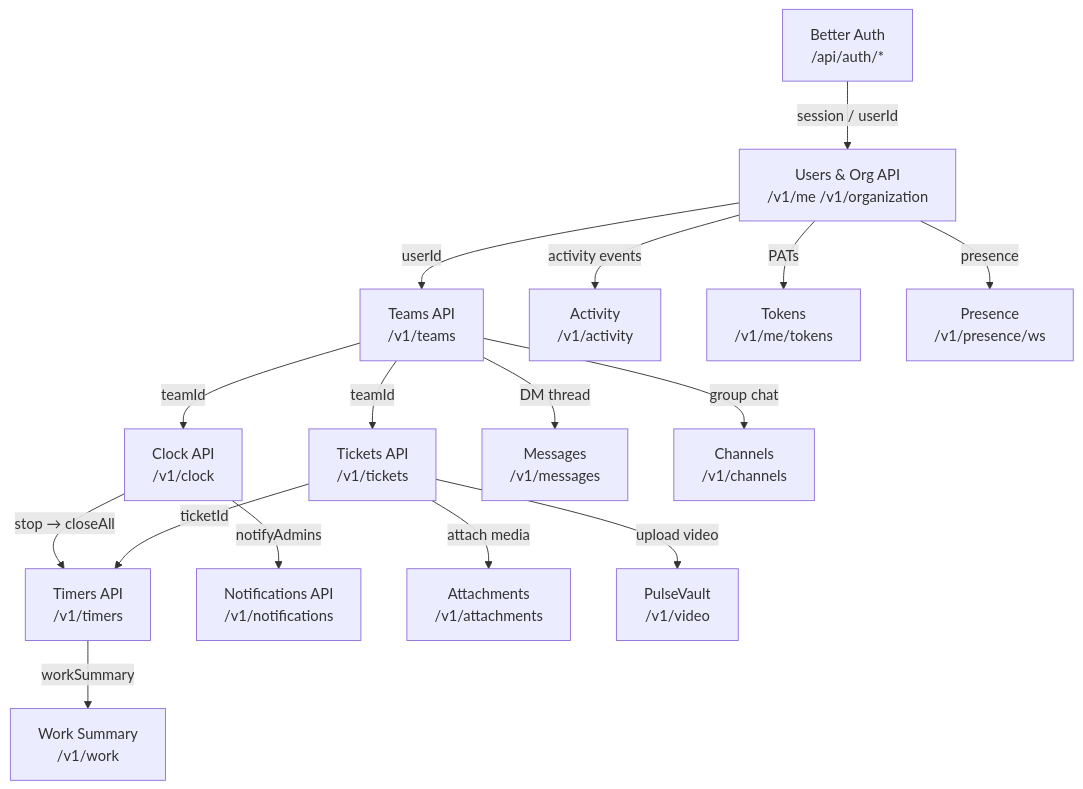
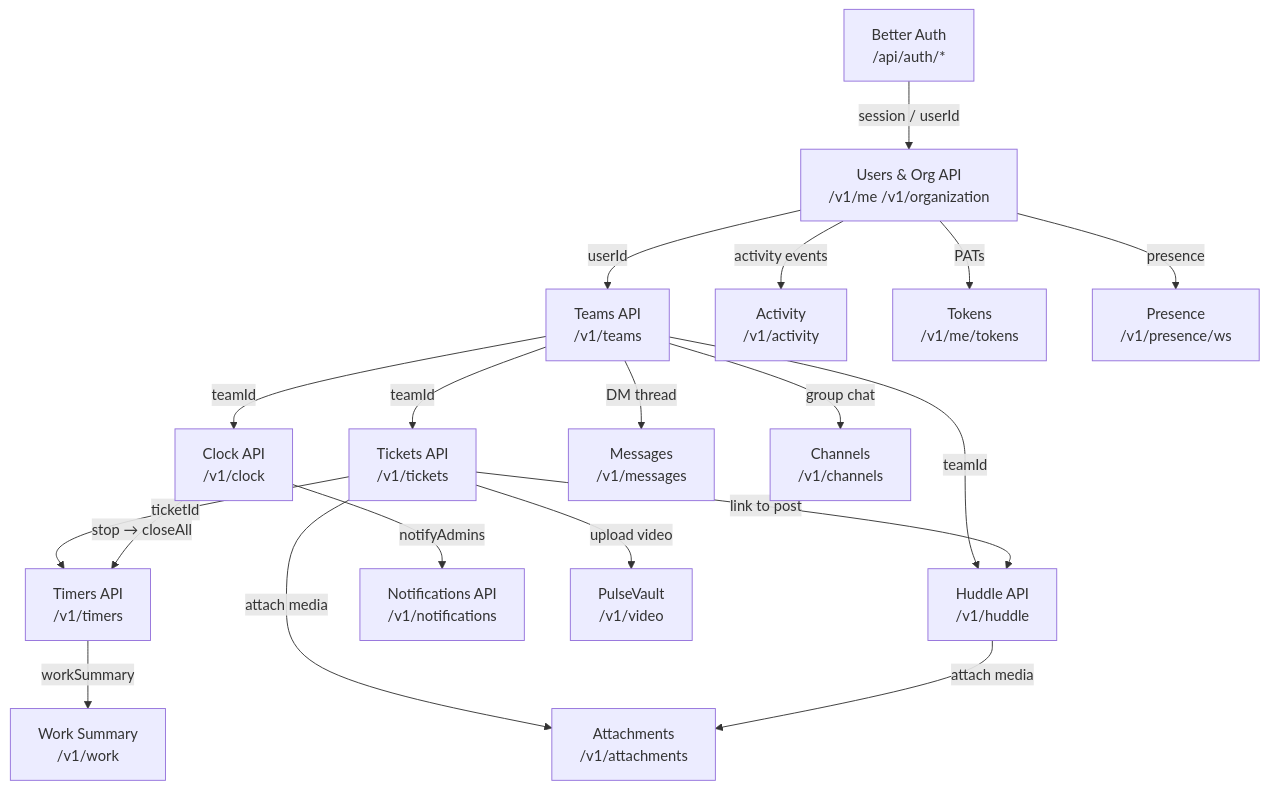
One commit to mieweb/timehuddle changed the sixth of 6 diagrams in database.md. Above: the diagram before and after it, drawn with Mermaid. The commit also changed other lines of this file, not shown here.

````diff
--- a/database.md
+++ b/database.md
@@ -489,18 +554,21 @@
 ```mermaid
 flowchart TD
     Auth["Better Auth\n/api/auth/*"] -->|session / userId| UserAPI["Users & Org API\n/v1/me  /v1/organization"]
     UserAPI -->|userId| TeamAPI["Teams API\n/v1/teams"]
     TeamAPI -->|teamId| TicketAPI["Tickets API\n/v1/tickets"]
     TeamAPI -->|teamId| ClockAPI["Clock API\n/v1/clock"]
+    TeamAPI -->|teamId| HuddleAPI["Huddle API\n/v1/huddle"]
     TicketAPI -->|ticketId| TimerAPI["Timers API\n/v1/timers"]
+    TicketAPI -->|link to post| HuddleAPI
     ClockAPI -->|stop → closeAll| TimerAPI
     ClockAPI -->|notifyAdmins| NotifAPI["Notifications API\n/v1/notifications"]
     TimerAPI -->|workSummary| WorkAPI["Work Summary\n/v1/work"]
     TicketAPI -->|attach media| AttachAPI["Attachments\n/v1/attachments"]
     TicketAPI -->|upload video| PulseAPI["PulseVault\n/v1/video"]
+    HuddleAPI -->|attach media| AttachAPI
     TeamAPI -->|DM thread| MsgAPI["Messages\n/v1/messages"]
     TeamAPI -->|group chat| ChanAPI["Channels\n/v1/channels"]
     UserAPI -->|activity events| ActivityAPI["Activity\n/v1/activity"]
     UserAPI -->|PATs| TokenAPI["Tokens\n/v1/me/tokens"]
     UserAPI -->|presence| PresenceAPI["Presence\n/v1/presence/ws"]
 ```
````
